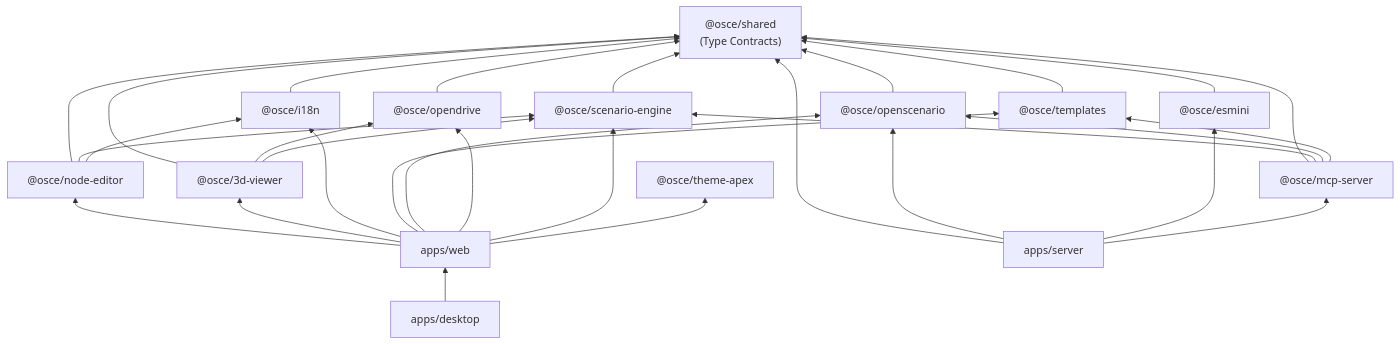
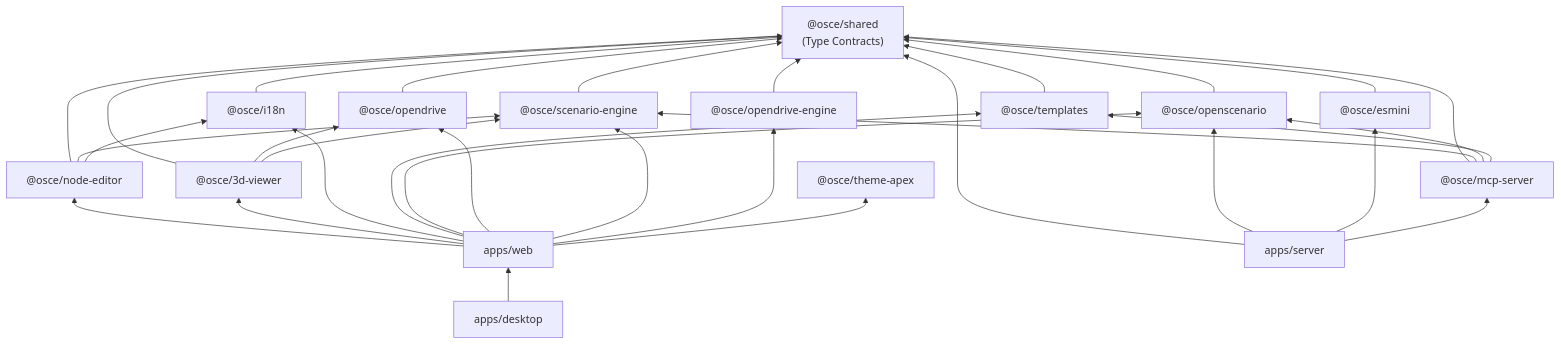
Before and after one commit to GT-karny/GT-OpenSCENARIOEditor: the seventh of 7 diagrams in docs/ARCHITECTURE.md, drawn with Mermaid. The commit also changed other lines of this file and 32 other files, not shown here.

````diff
--- a/docs/ARCHITECTURE.md
+++ b/docs/ARCHITECTURE.md
@@ -429,39 +433,41 @@
 ```mermaid
 graph BT
   shared["@osce/shared\n(Type Contracts)"]
 
   openscenario["@osce/openscenario"] --> shared
   opendrive["@osce/opendrive"] --> shared
   engine["@osce/scenario-engine"] --> shared
+  odrengine["@osce/opendrive-engine"] --> shared
   i18n["@osce/i18n"] --> shared
   templates["@osce/templates"] --> shared
   esmini["@osce/esmini"] --> shared
   themeapex["@osce/theme-apex"]
 
   nodeeditor["@osce/node-editor"] --> shared
   nodeeditor --> engine
   nodeeditor --> i18n
   viewer["@osce/3d-viewer"] --> shared
   viewer --> opendrive
   viewer --> engine
   mcp["@osce/mcp-server"] --> shared
   mcp --> engine
   mcp --> openscenario
   mcp --> templates
 
   web["apps/web"] --> nodeeditor
   web --> viewer
   web --> i18n
   web --> templates
   web --> openscenario
   web --> opendrive
   web --> engine
+  web --> odrengine
   web --> themeapex
 
   server["apps/server"] --> shared
   server --> openscenario
   server --> esmini
   server --> mcp
 
   desktop["apps/desktop"] --> web
 ```
````
